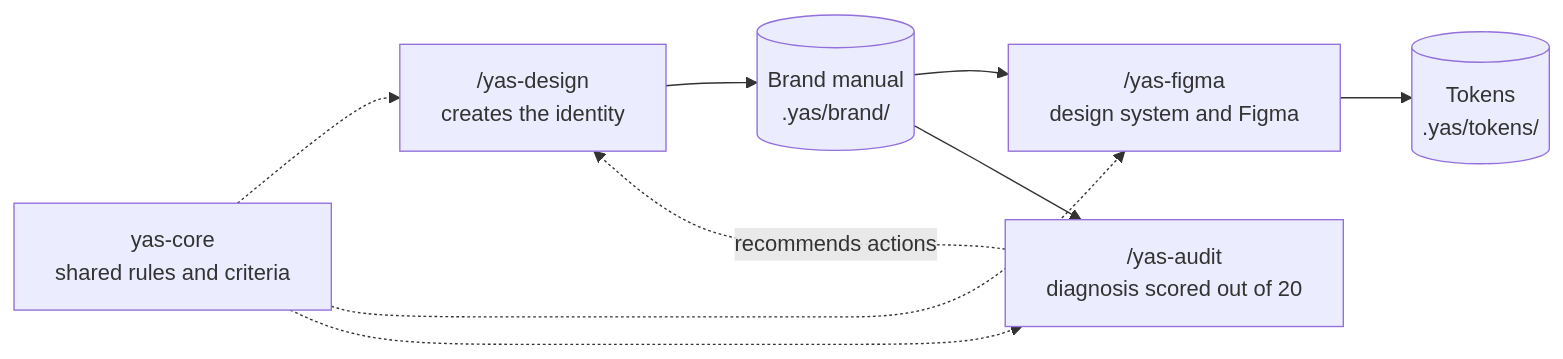
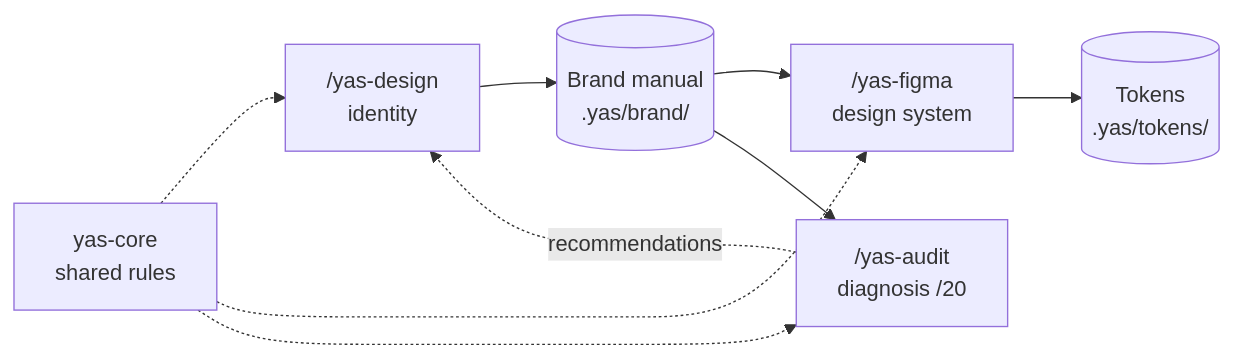
Before and after one commit to Yasmani-Vinamagua/design-system-skill: the diagram in README.en.md, drawn with Mermaid. The commit also changed other lines of this file and 1 other file, not shown here.

Commit message:
Alinea el README en inglés con la nueva versión y completa el árbol de .yas

````diff
--- a/README.en.md
+++ b/README.en.md
@@ -46,11 +60,11 @@
 ```mermaid
 flowchart LR
-    A["/yas-design<br/>creates the identity"] --> M[("Brand manual<br/>.yas/brand/")]
-    M --> B["/yas-figma<br/>design system and Figma"]
-    M --> C["/yas-audit<br/>diagnosis scored out of 20"]
+    A["/yas-design<br/>identity"] --> M[("Brand manual<br/>.yas/brand/")]
+    M --> B["/yas-figma<br/>design system"]
+    M --> C["/yas-audit<br/>diagnosis /20"]
     B --> T[("Tokens<br/>.yas/tokens/")]
-    C -. recommends actions .-> A
-    K["yas-core<br/>shared rules and criteria"] -.-> A
+    C -. recommendations .-> A
+    K["yas-core<br/>shared rules"] -.-> A
     K -.-> B
     K -.-> C
 ```
````
